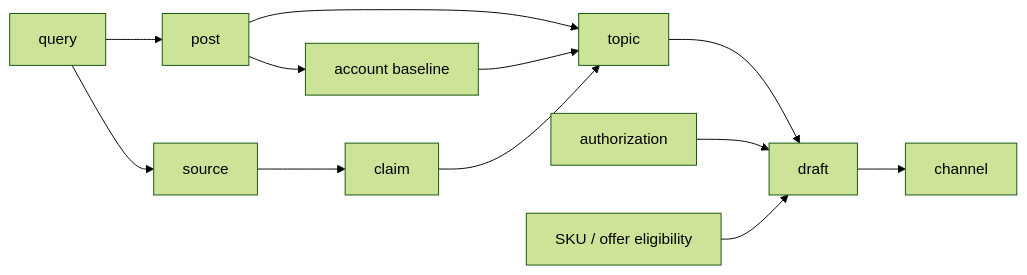
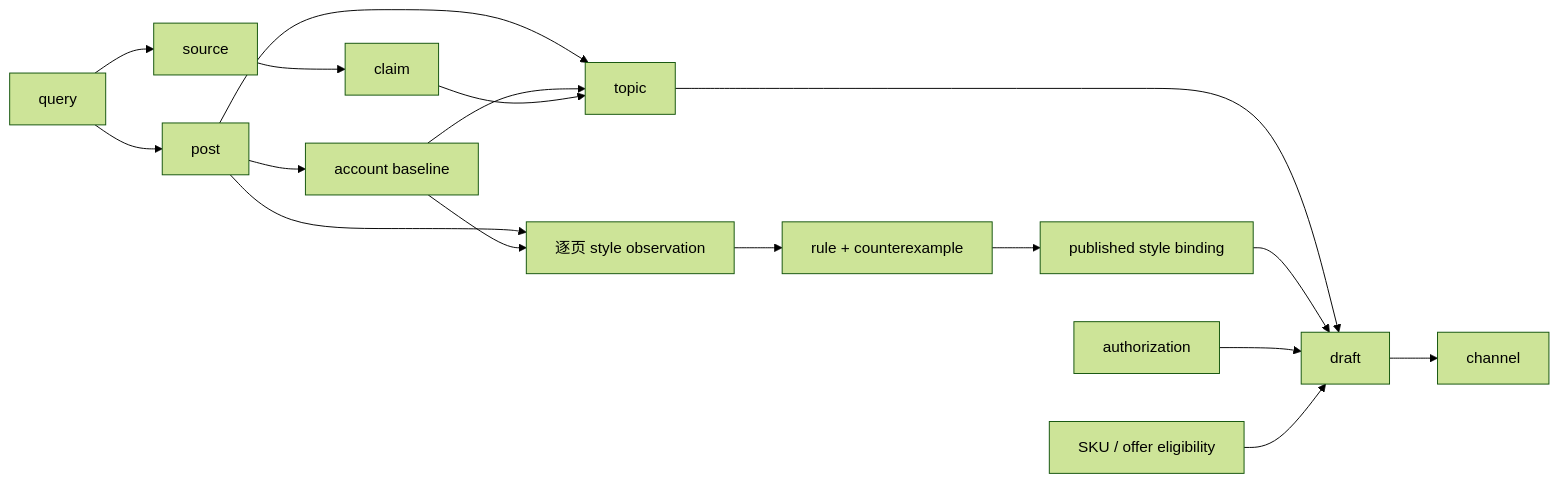
One commit to Sciiaok/redbook-writing-skill changed the second of 2 diagrams in README.md. Above: the diagram before and after it, drawn with Mermaid (forest theme). The commit also changed other lines of this file, not shown here.

````diff
--- a/README.md
+++ b/README.md
@@ -200,14 +221,19 @@
 ```mermaid
 flowchart LR
     Q["query"] --> S["source"]
     S --> C["claim"]
     Q --> P["post"]
     P --> A["account baseline"]
+    P --> ST["逐页 style observation"]
+    A --> ST
+    ST --> R["rule + counterexample"]
     P --> T["topic"]
     A --> T
     C --> T
     T --> D["draft"]
+    R --> B["published style binding"]
+    B --> D
     AU["authorization"] --> D
     SKU["SKU / offer eligibility"] --> D
     D --> CH["channel"]
 ```
````
